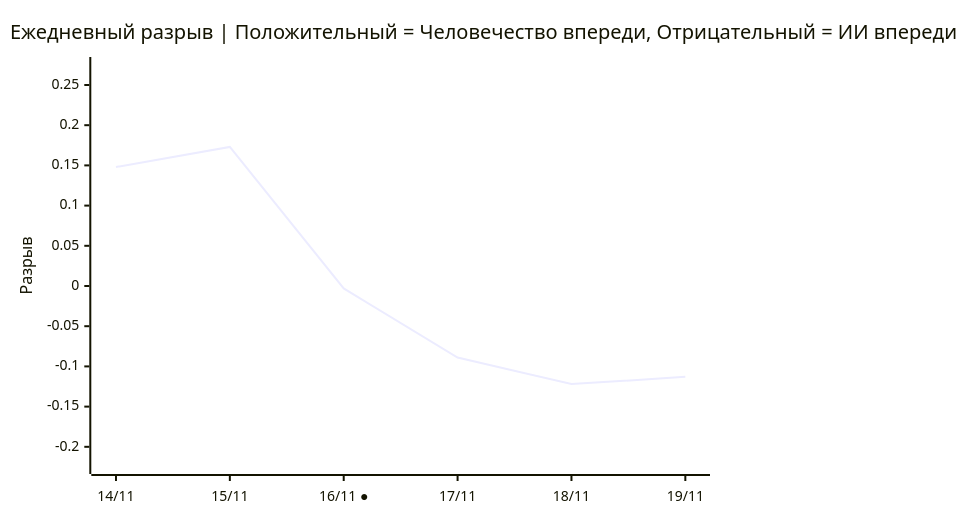
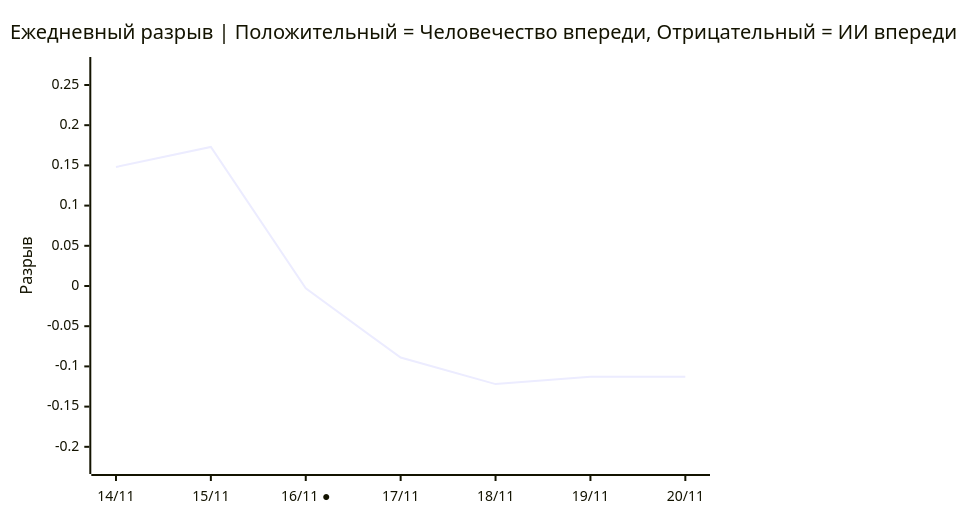
The third of 3 diagrams in README.ru.md (VQQLK/Human-AI-Monitor), drawn with Mermaid before and after one commit. The commit also changed other lines of this file and 2 other files, not shown here.

````diff
--- a/README.ru.md
+++ b/README.ru.md
@@ -54,7 +54,7 @@
 ```mermaid
 xychart-beta
     title "Ежедневный разрыв | Положительный = Человечество впереди, Отрицательный = ИИ впереди"
-    x-axis ["14/11", "15/11", "16/11 ●", "17/11", "18/11", "19/11"]
+    x-axis ["14/11", "15/11", "16/11 ●", "17/11", "18/11", "19/11", "20/11"]
     y-axis "Разрыв" -0.222 --> 0.273
-    line [0.148, 0.173, -0.003, -0.089, -0.122, -0.113]
+    line [0.148, 0.173, -0.003, -0.089, -0.122, -0.113, -0.113]
 ```
````
